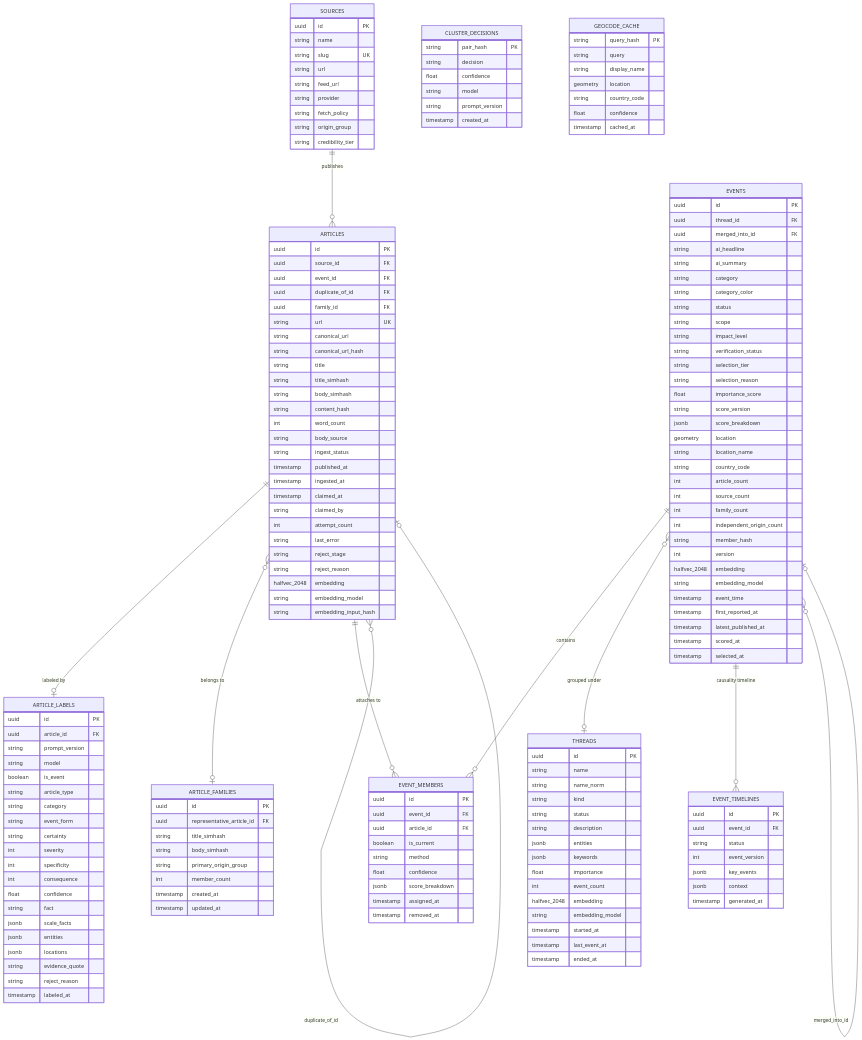
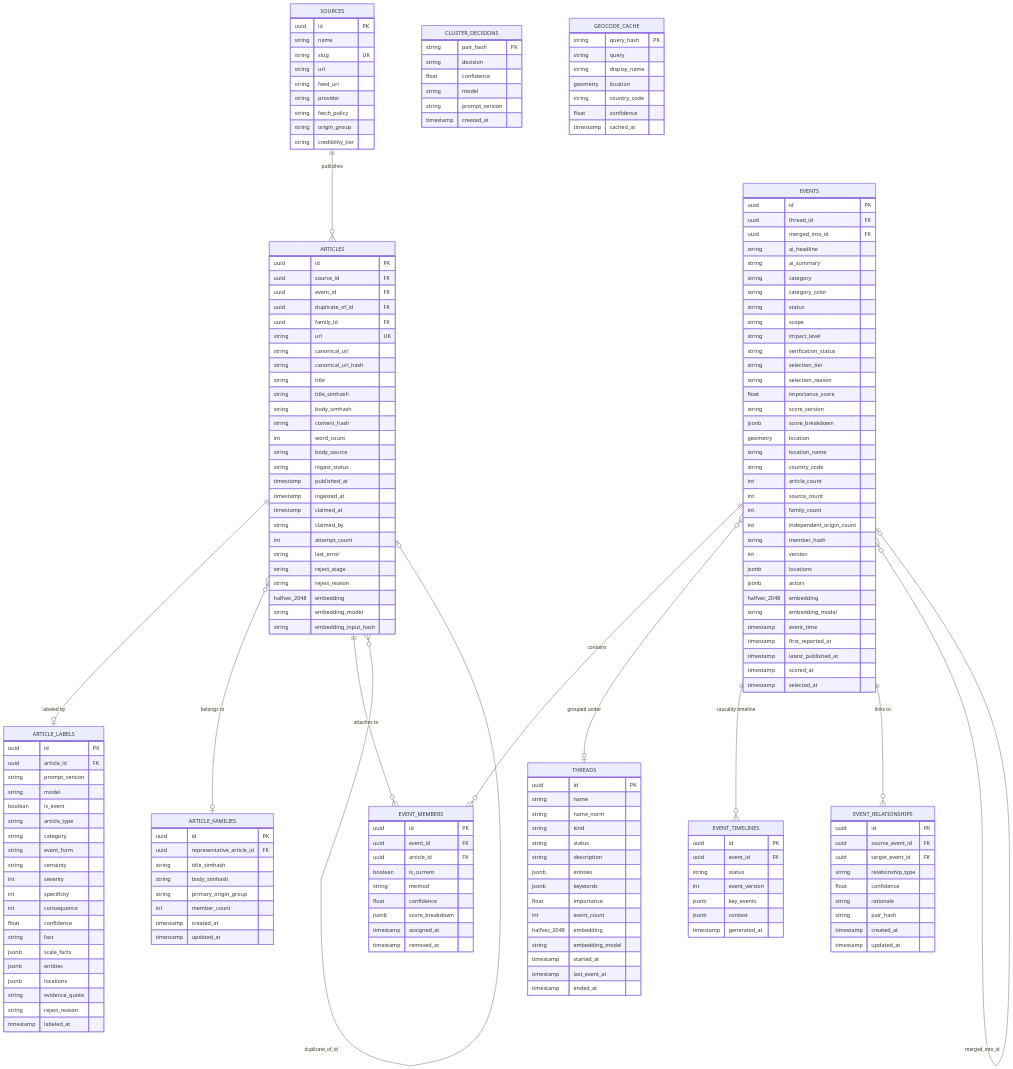
Before and after one commit to paavann/hermes: the first of 3 diagrams in libs/shared/hermes-db/docs/architecture.md, drawn with Mermaid. The commit also changed other lines of this file and 19 other files, not shown here.

```diff
--- a/libs/shared/hermes-db/docs/architecture.md
+++ b/libs/shared/hermes-db/docs/architecture.md
@@ -65,6 +65,7 @@
     EVENTS ||--o{ EVENT_MEMBERS : "contains"
     EVENTS }o--o| THREADS : "grouped under"
     EVENTS ||--o{ EVENT_TIMELINES : "causality timeline"
+    EVENTS ||--o{ EVENT_RELATIONSHIPS : "links to"
     EVENTS }o--o| EVENTS : "merged_into_id"
     ARTICLES }o--o| ARTICLES : "duplicate_of_id"
 
@@ -169,6 +170,8 @@
         int independent_origin_count
         string member_hash
         int version
+        jsonb locations
+        jsonb actors
         halfvec_2048 embedding
         string embedding_model
         timestamp event_time
@@ -176,6 +179,18 @@
         timestamp latest_published_at
         timestamp scored_at
         timestamp selected_at
+    }
+
+    EVENT_RELATIONSHIPS {
+        uuid id PK
+        uuid source_event_id FK
+        uuid target_event_id FK
+        string relationship_type
+        float confidence
+        string rationale
+        string pair_hash
+        timestamp created_at
+        timestamp updated_at
     }
 
     EVENT_MEMBERS {
```
